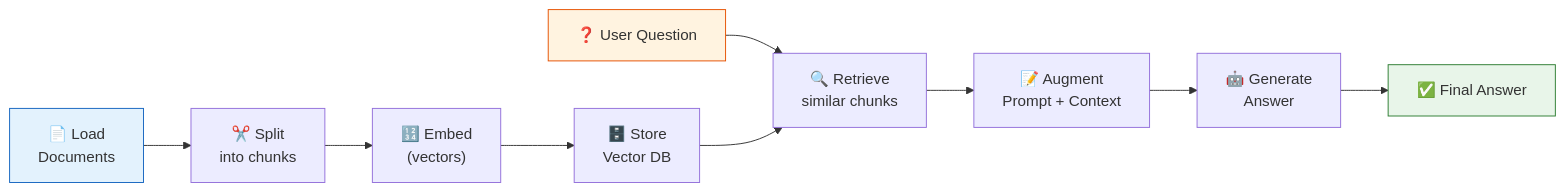
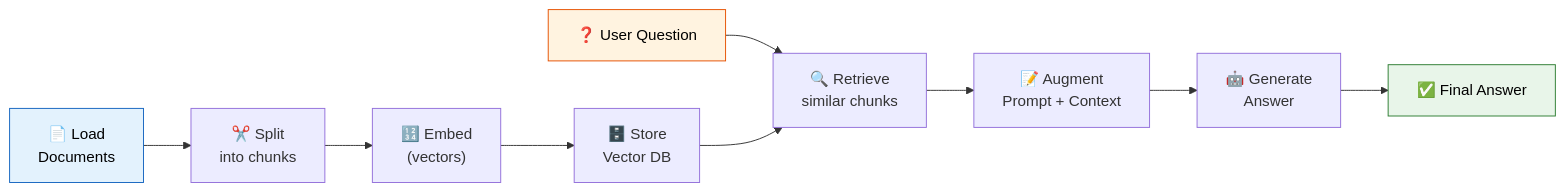
One commit to remolaan/Agentic-AI-Cookbook changed the fifth of 6 diagrams in README.md. Above: the diagram before and after it, drawn with Mermaid. The commit also changed other lines of this file and 45 other files, not shown here.

Commit message:
Fix Mermaid diagram text colors for readability across all READMEs

````diff
--- a/README.md
+++ b/README.md
@@ -109,15 +109,15 @@
 ```mermaid
 flowchart LR
     A["📄 Load<br/>Documents"] --> B["✂️ Split<br/>into chunks"]
     B --> C["🔢 Embed<br/>(vectors)"]
     C --> D["🗄️ Store<br/>Vector DB"]
     E["❓ User Question"] --> F["🔍 Retrieve<br/>similar chunks"]
     D --> F
     F --> G["📝 Augment<br/>Prompt + Context"]
     G --> H["🤖 Generate<br/>Answer"]
     H --> I["✅ Final Answer"]
     
-    style A fill:#e3f2fd,stroke:#1565c0
-    style E fill:#fff3e0,stroke:#e65100
-    style I fill:#e8f5e9,stroke:#2e7d32
+    style A fill:#e3f2fd,stroke:#1565c0,color:#000000
+    style E fill:#fff3e0,stroke:#e65100,color:#000000
+    style I fill:#e8f5e9,stroke:#2e7d32,color:#000000
 ```
````
